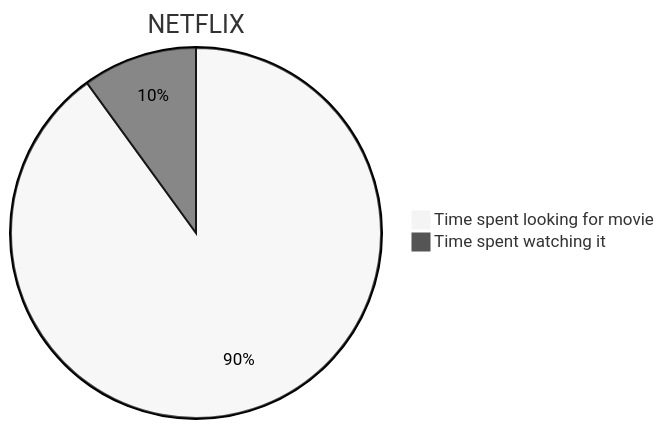
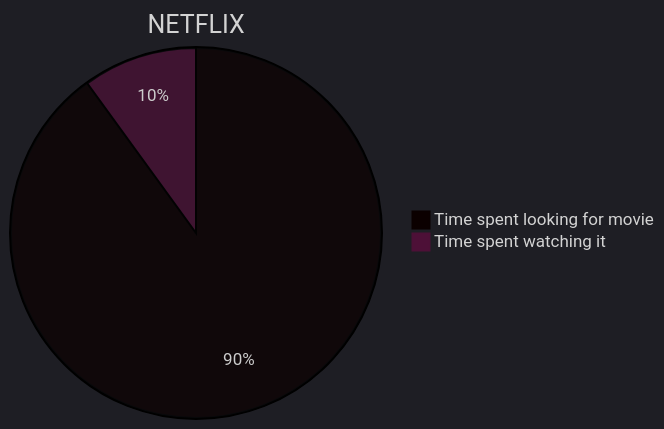
One commit to john-gitbook/mermaid changed the diagram in merm.md. Above: the diagram before and after it, drawn with Mermaid.

````diff
--- a/merm.md
+++ b/merm.md
@@ -3,6 +3,6 @@
 ```mermaid
-%%{init: {'theme':'neutral'}}%%
+%%{init: {'theme':'dark'}}%%
 pie title NETFLIX
          "Time spent looking for movie" : 90
          "Time spent watching it" : 10
 ```
````
